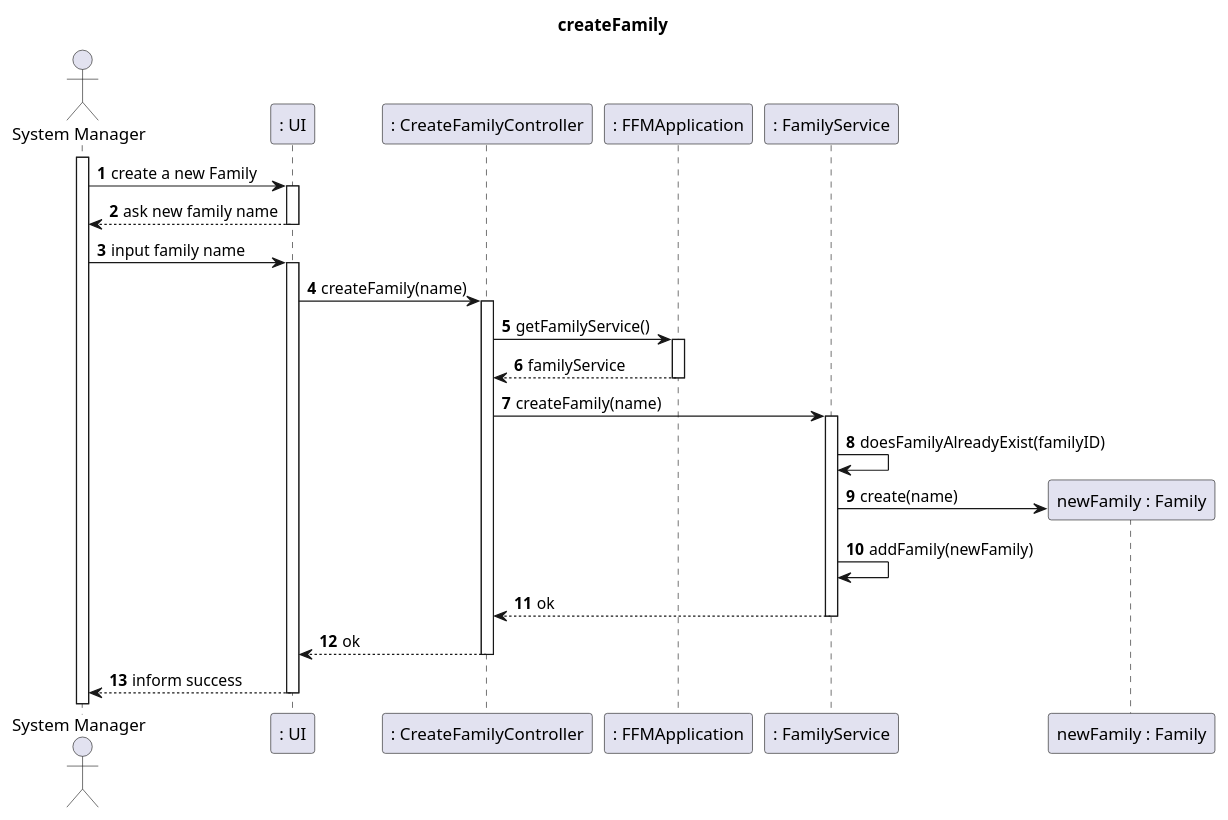
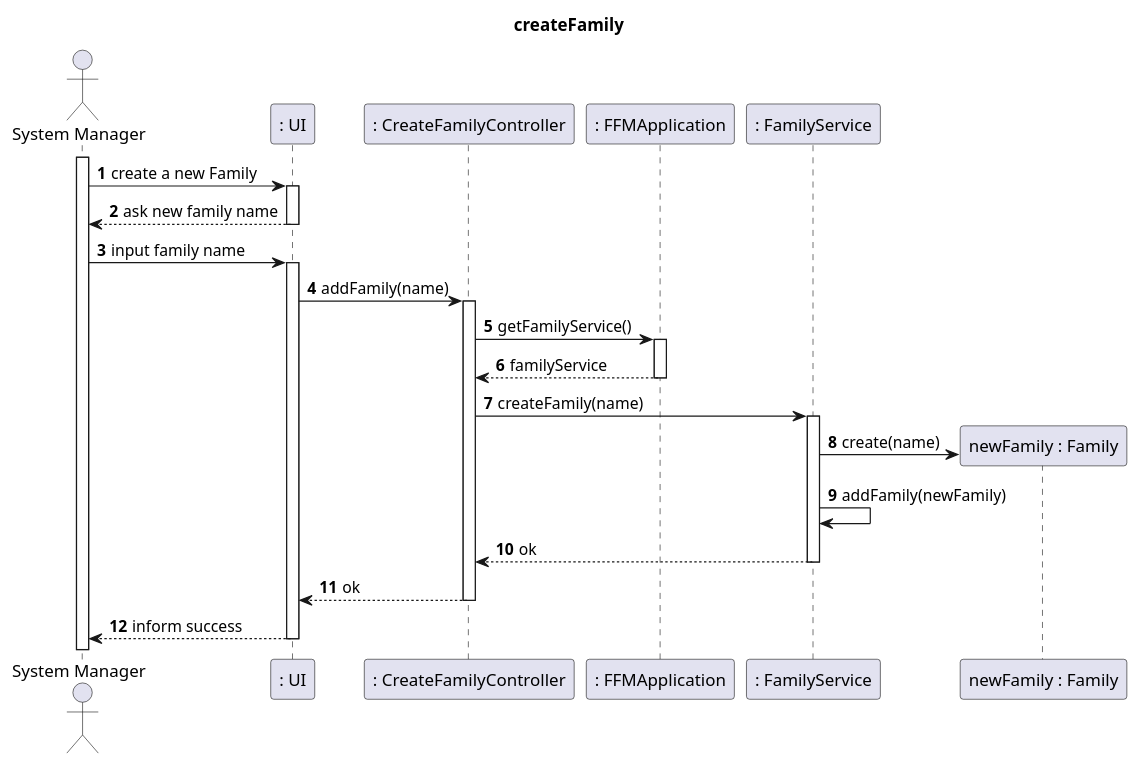
The first of 2 diagrams in docs/sprint1/user_stories/US010_AddFamily.md (tomas-osswald/switch_2020_g3), drawn with PlantUML before and after one commit. The commit also changed other lines of this file and 1 other file, not shown here.

Commit message:
minor corrections to documentation

`````diff
--- a/docs/sprint1/user_stories/US010_AddFamily.md
+++ b/docs/sprint1/user_stories/US010_AddFamily.md
@@ -34,41 +34,39 @@
 ````puml
 @startuml
 autonumber
 title createFamily
 actor "System Manager" as systemManager
 participant ": UI" as UI
 participant ": CreateFamilyController" as controller
 participant ": FFMApplication" as application
 participant ": FamilyService" as famServ
 participant "newFamily : Family" as family
 
 activate systemManager
 systemManager -> UI: create a new Family
 activate UI
 UI --> systemManager: ask new family name
 deactivate UI
 systemManager -> UI: input family name
 activate UI
-UI -> controller: createFamily(name)
+UI -> controller: addFamily(name)
 activate controller
 controller -> application: getFamilyService()
 activate application
 application --> controller: familyService
 deactivate application
 controller -> famServ: createFamily(name)
 activate famServ
-famServ -> famServ: doesFamilyAlreadyExist(familyID)
-
 
 famServ -> family**: create(name)
 famServ -> famServ: addFamily(newFamily)
 famServ --> controller: ok
 deactivate famServ
 controller --> UI: ok
 deactivate controller
 UI --> systemManager: inform success
 deactivate UI
 
 
 @enduml
 ````
`````
